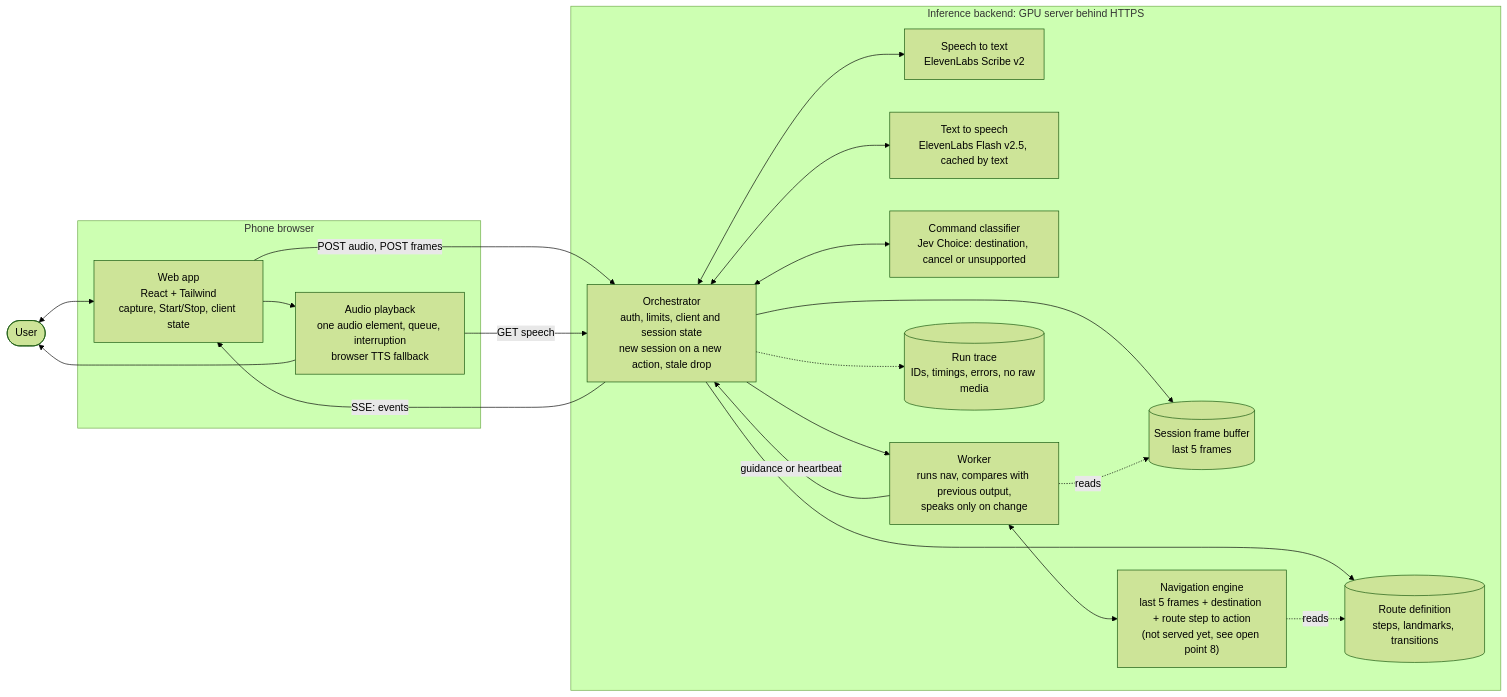
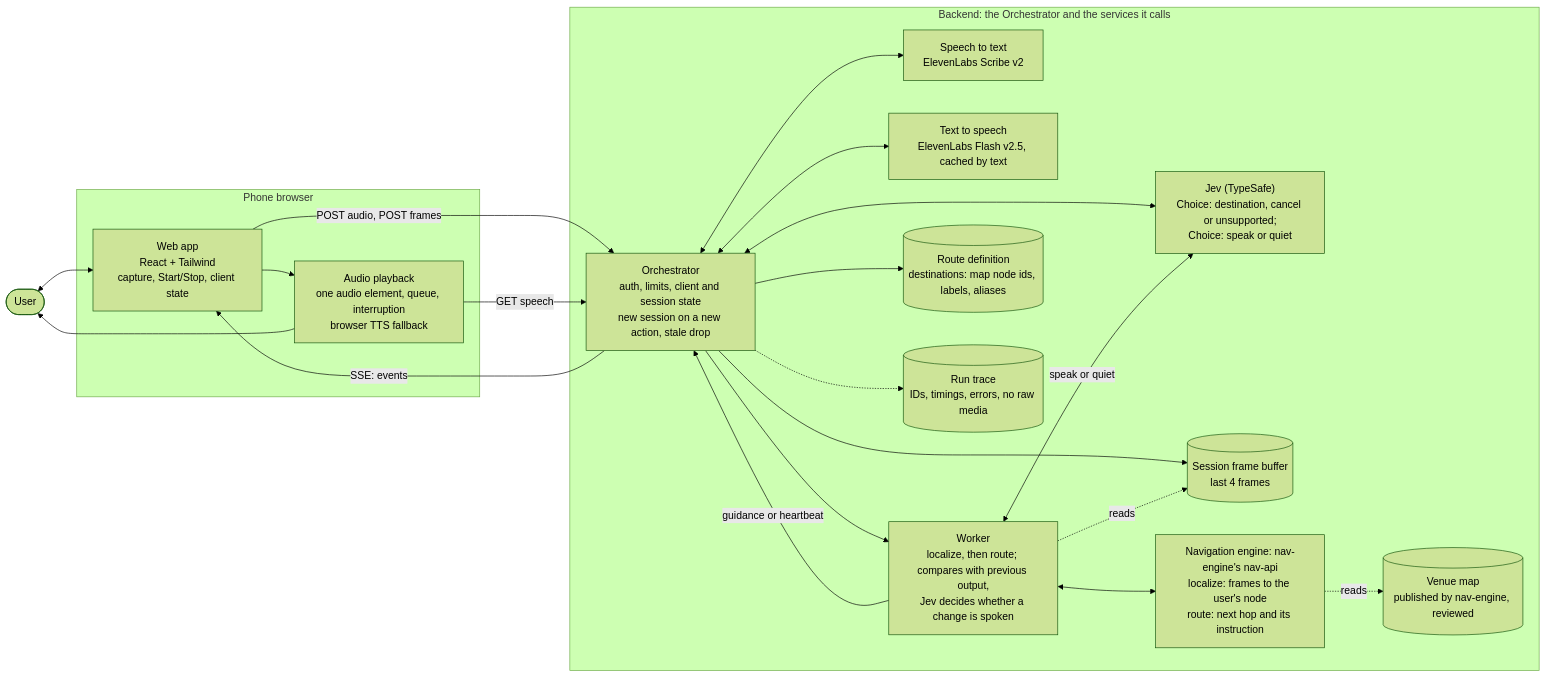
One commit to tungsten-united/project-description changed the second of 3 diagrams in docs/architecture.md. Above: the diagram before and after it, drawn with Mermaid (forest theme). The commit also changed other lines of this file and 4 other files, not shown here.

First line of the commit message:
Docs: the orchestrator uses nav-engine's nav-api; align with the new contract

````diff
--- a/docs/architecture.md
+++ b/docs/architecture.md
@@ -26,40 +26,42 @@
 ```mermaid
 flowchart LR
   user(["User"])
 
   subgraph phone["Phone browser"]
     app["Web app<br/>React + Tailwind<br/>capture, Start/Stop, client state"]
     tts["Audio playback<br/>one audio element, queue, interruption<br/>browser TTS fallback"]
   end
 
-  subgraph backend["Inference backend: GPU server behind HTTPS"]
+  subgraph backend["Backend: the Orchestrator and the services it calls"]
     orch["Orchestrator<br/>auth, limits, client and session state<br/>new session on a new action, stale drop"]
     stt["Speech to text<br/>ElevenLabs Scribe v2"]
     ttsapi["Text to speech<br/>ElevenLabs Flash v2.5, cached by text"]
-    cmd["Command classifier<br/>Jev Choice: destination, cancel or unsupported"]
-    buf[("Session frame buffer<br/>last 5 frames")]
-    wrk["Worker<br/>runs nav, compares with previous output,<br/>speaks only on change"]
-    nav["Navigation engine<br/>last 5 frames + destination + route step to action<br/>(not served yet, see open point 8)"]
-    route[("Route definition<br/>steps, landmarks, transitions")]
+    cmd["Jev (TypeSafe)<br/>Choice: destination, cancel or unsupported;<br/>Choice: speak or quiet"]
+    buf[("Session frame buffer<br/>last 4 frames")]
+    wrk["Worker<br/>localize, then route; compares with previous output,<br/>Jev decides whether a change is spoken"]
+    nav["Navigation engine: nav-engine's nav-api<br/>localize: frames to the user's node<br/>route: next hop and its instruction"]
+    navmap[("Venue map<br/>published by nav-engine, reviewed")]
+    route[("Route definition<br/>destinations: map node ids, labels, aliases")]
     trace[("Run trace<br/>IDs, timings, errors, no raw media")]
   end
 
   user <--> app
   app -->|"POST audio, POST frames"| orch
   orch -->|"SSE: events"| app
   app --> tts
   tts -->|"GET speech"| orch
   tts --> user
 
   orch <--> stt
   orch <--> ttsapi
   orch <--> cmd
   orch --> buf
   orch --> wrk
   wrk -.->|"reads"| buf
   wrk <--> nav
+  wrk <-->|"speak or quiet"| cmd
   wrk -->|"guidance or heartbeat"| orch
   orch --> route
-  nav -.->|"reads"| route
+  nav -.->|"reads"| navmap
   orch -.-> trace
 ```
````
